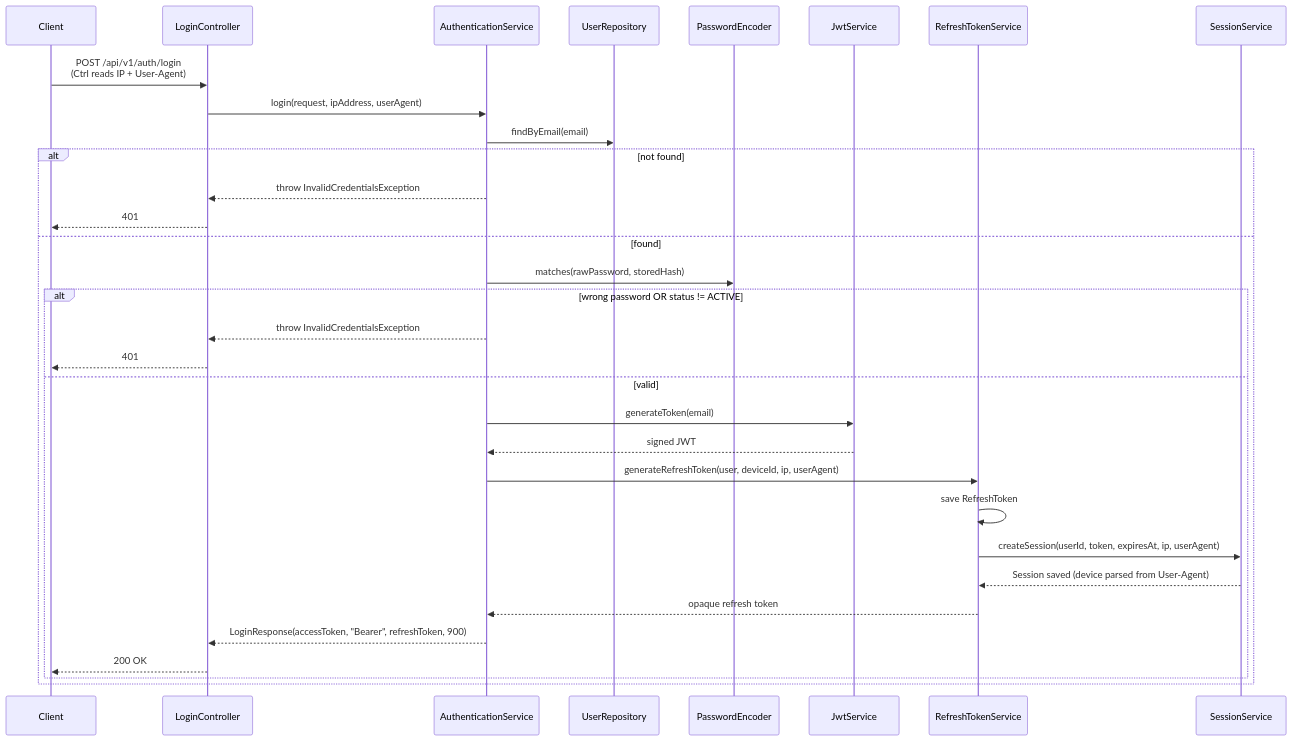
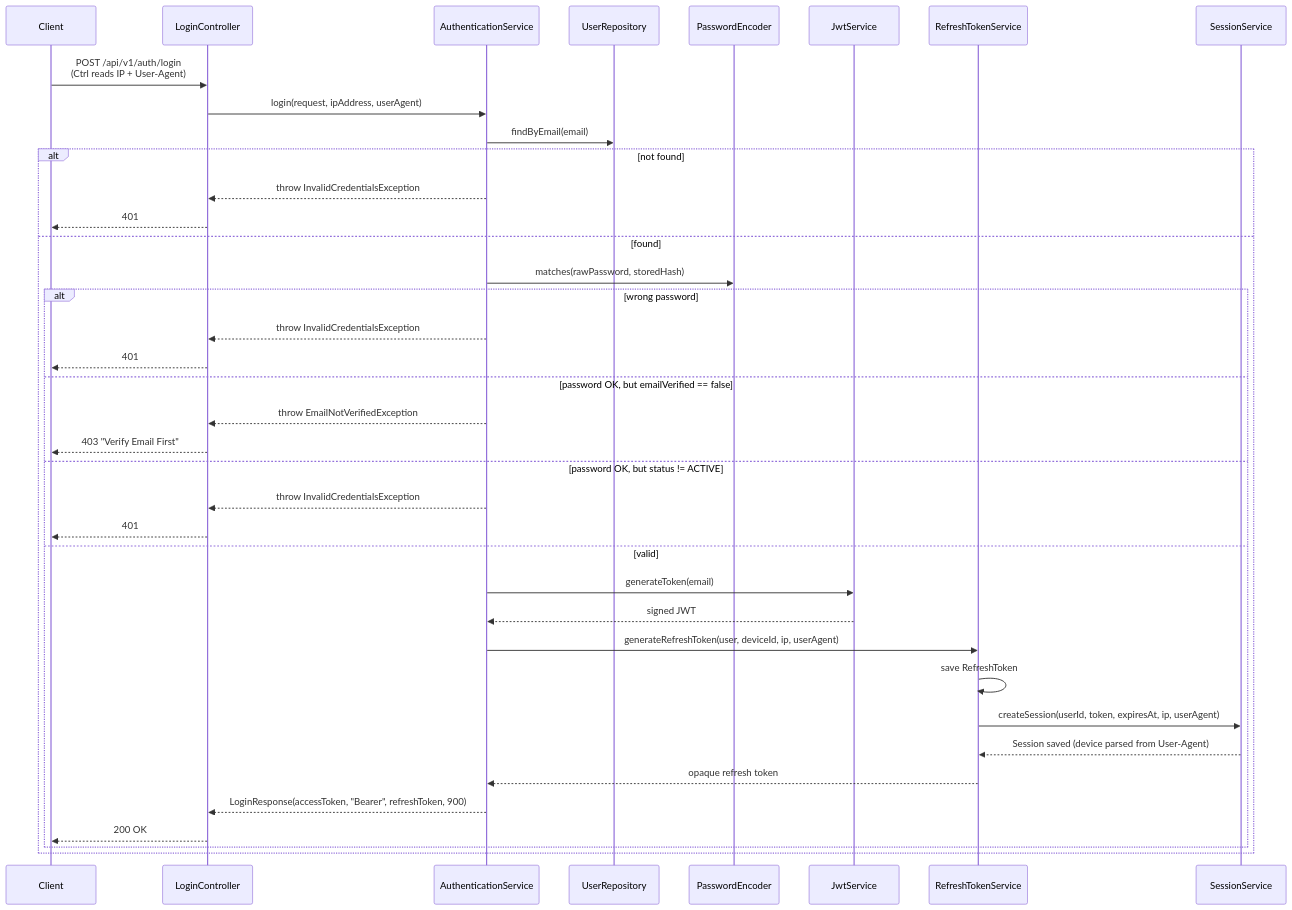
Before and after one commit to SUDHAKAR445/auth-platform: the fifth of 8 diagrams in docs/architecture.md, drawn with Mermaid. The commit also changed other lines of this file and 22 other files, not shown here.

````diff
--- a/docs/architecture.md
+++ b/docs/architecture.md
@@ -127,35 +211,41 @@
 ```mermaid
 sequenceDiagram
     participant C as Client
     participant Ctrl as LoginController
     participant Svc as AuthenticationService
     participant Repo as UserRepository
     participant Enc as PasswordEncoder
     participant Jwt as JwtService
     participant RSvc as RefreshTokenService
     participant SSvc as SessionService
 
     C->>Ctrl: POST /api/v1/auth/login<br/>(Ctrl reads IP + User-Agent)
     Ctrl->>Svc: login(request, ipAddress, userAgent)
     Svc->>Repo: findByEmail(email)
     alt not found
         Svc-->>Ctrl: throw InvalidCredentialsException
         Ctrl-->>C: 401
     else found
         Svc->>Enc: matches(rawPassword, storedHash)
-        alt wrong password OR status != ACTIVE
+        alt wrong password
+            Svc-->>Ctrl: throw InvalidCredentialsException
+            Ctrl-->>C: 401
+        else password OK, but emailVerified == false
+            Svc-->>Ctrl: throw EmailNotVerifiedException
+            Ctrl-->>C: 403 "Verify Email First"
+        else password OK, but status != ACTIVE
             Svc-->>Ctrl: throw InvalidCredentialsException
             Ctrl-->>C: 401
         else valid
             Svc->>Jwt: generateToken(email)
             Jwt-->>Svc: signed JWT
             Svc->>RSvc: generateRefreshToken(user, deviceId, ip, userAgent)
             RSvc->>RSvc: save RefreshToken
             RSvc->>SSvc: createSession(userId, token, expiresAt, ip, userAgent)
             SSvc-->>RSvc: Session saved (device parsed from User-Agent)
             RSvc-->>Svc: opaque refresh token
             Svc-->>Ctrl: LoginResponse(accessToken, "Bearer", refreshToken, 900)
             Ctrl-->>C: 200 OK
         end
     end
 ```
````
